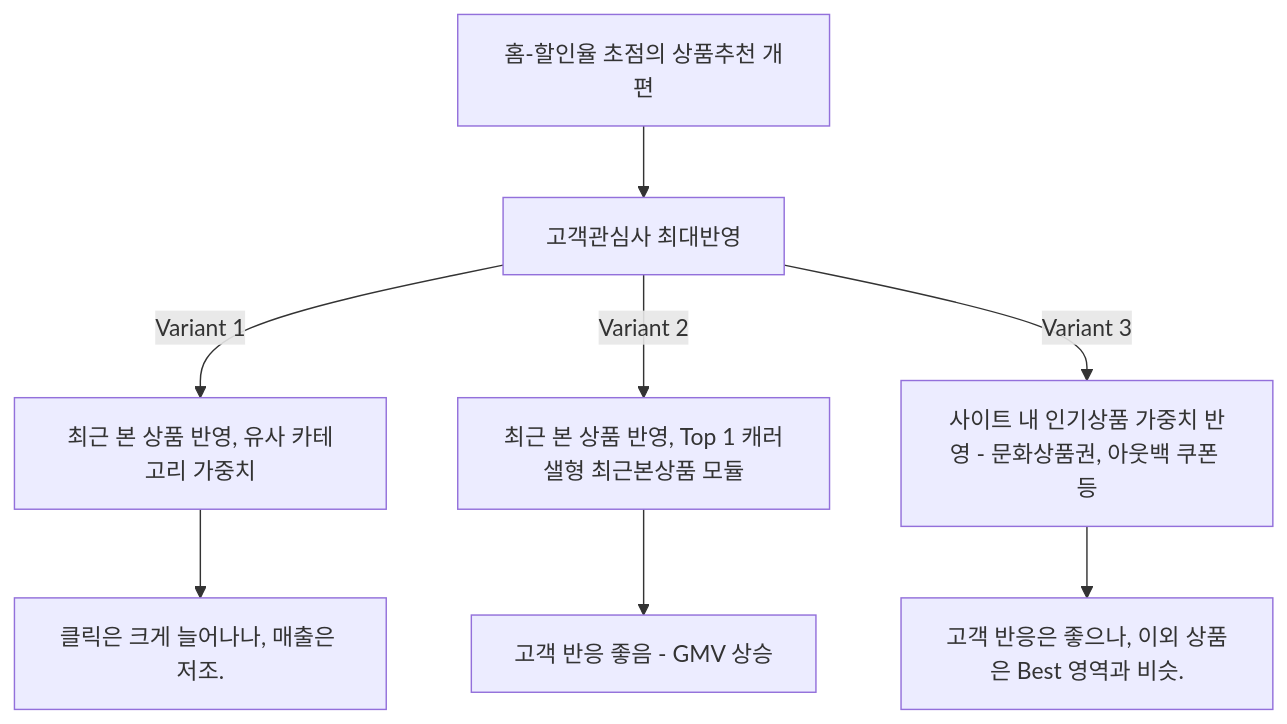
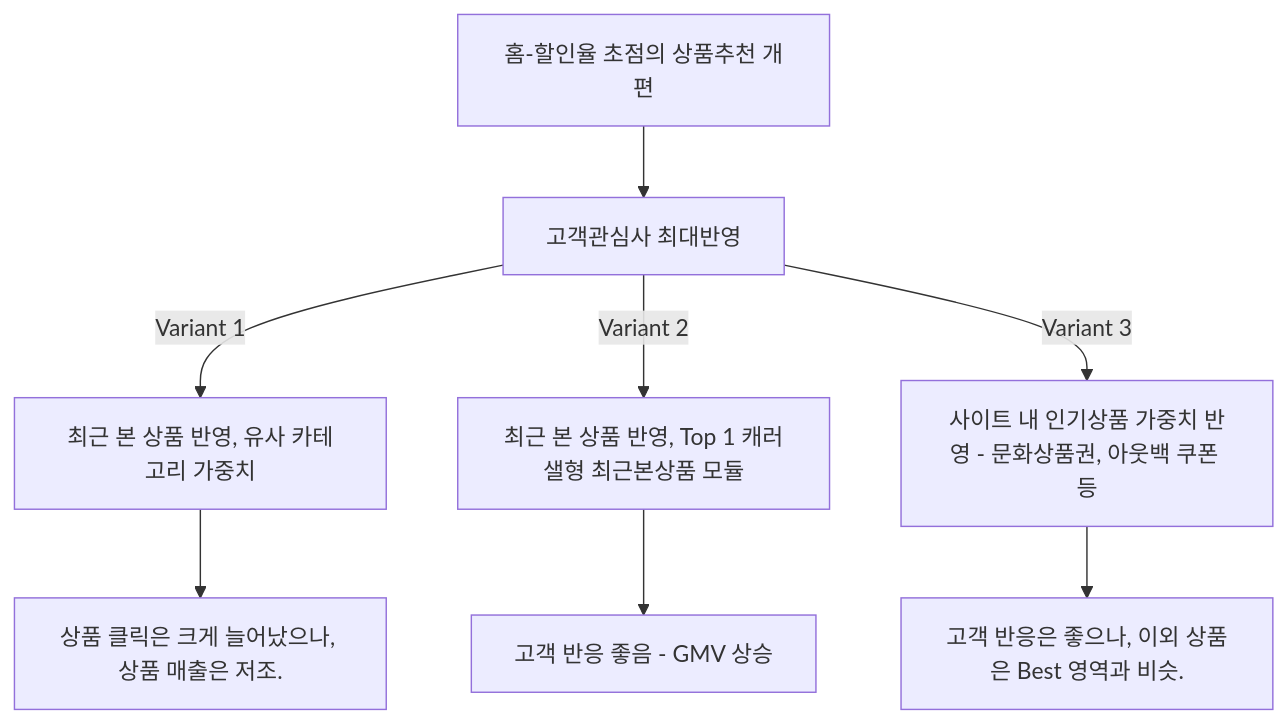
Before and after one commit to seopw28/vex: the diagram in 1_Anaysis_History/3_1_HM_RVI.md, drawn with Mermaid. The commit also changed other lines of this file and 4 other files, not shown here.

````diff
--- a/1_Anaysis_History/3_1_HM_RVI.md
+++ b/1_Anaysis_History/3_1_HM_RVI.md
@@ -17,9 +17,9 @@
 ```mermaid
 flowchart TD
 
     a[홈-할인율 초점의 상품추천 개편] --> b[고객관심사 최대반영]
-    b --> |Variant 1| c[최근 본 상품 반영, 유사 카테고리 가중치] --> f[클릭은 크게 늘어나나, 매출은 저조.]
+    b --> |Variant 1| c[최근 본 상품 반영, 유사 카테고리 가중치] --> f[상품 클릭은 크게 늘어났으나, 상품 매출은 저조.]
     b --> |Variant 2| d[최근 본 상품 반영, Top 1 캐러샐형 최근본상품 모듈] --> g[고객 반응 좋음 - GMV 상승]
     b --> |Variant 3| e[사이트 내 인기상품 가중치 반영 - 문화상품권, 아웃백 쿠폰 등 ] --> h[고객 반응은 좋으나, 이외 상품은 Best 영역과 비슷.]
 
 ```
````
